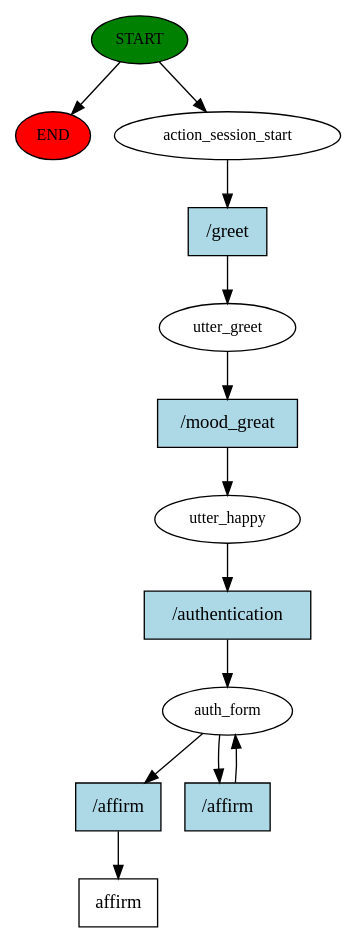
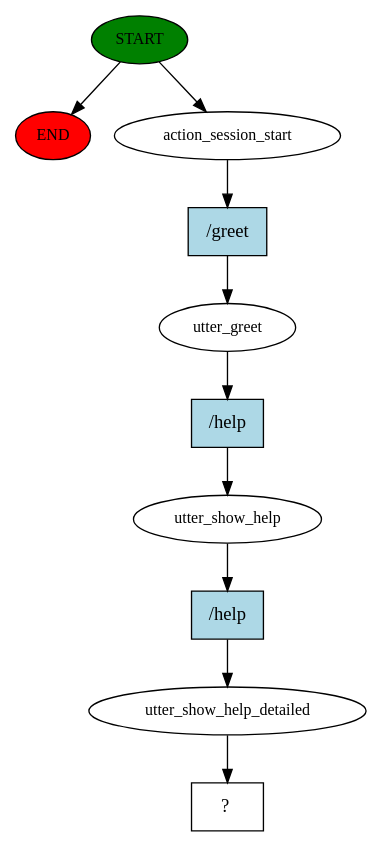
Before and after one commit to javiredracing/chatbot: the diagram in story_graph.dot, drawn with Graphviz. The commit also changed 8 other files, not shown here.

```diff
--- a/story_graph.dot
+++ b/story_graph.dot
@@ -1,26 +1,21 @@
 digraph  {
 0 [class="start active", fillcolor=green, fontsize=12, label=START, style=filled];
 "-1" [class=end, fillcolor=red, fontsize=12, label=END, style=filled];
 1 [class=active, fontsize=12, label=action_session_start];
 2 [class=active, fontsize=12, label=utter_greet];
-3 [class=active, fontsize=12, label=utter_happy];
-4 [class=active, fontsize=12, label=auth_form];
-6 [class="intent dashed active", label=affirm, shape=rect];
-7 [class="intent active", fillcolor=lightblue, label="/greet", shape=rect, style=filled];
-8 [class="intent active", fillcolor=lightblue, label="/mood_great", shape=rect, style=filled];
-9 [class="intent active", fillcolor=lightblue, label="/authentication", shape=rect, style=filled];
-10 [class="intent active", fillcolor=lightblue, label="/affirm", shape=rect, style=filled];
-11 [class="intent active", fillcolor=lightblue, label="/affirm", shape=rect, style=filled];
+3 [class=active, fontsize=12, label=utter_show_help];
+4 [class=active, fontsize=12, label=utter_show_help_detailed];
+5 [class="intent dashed active", label="  ?  ", shape=rect];
+6 [class="intent active", fillcolor=lightblue, label="/greet", shape=rect, style=filled];
+7 [class="intent active", fillcolor=lightblue, label="/help", shape=rect, style=filled];
+8 [class="intent active", fillcolor=lightblue, label="/help", shape=rect, style=filled];
 0 -> "-1"  [class="", key=NONE, label=""];
 0 -> 1  [class=active, key=NONE, label=""];
-1 -> 7  [class=active, key=0];
-2 -> 8  [class=active, key=0];
-3 -> 9  [class=active, key=0];
-4 -> 10  [class=active, key=0];
-4 -> 11  [class=active, key=0];
-7 -> 2  [class=active, key=0];
-8 -> 3  [class=active, key=0];
-9 -> 4  [class=active, key=0];
-10 -> 6  [class=active, key=0];
-11 -> 4  [class=active, key=0];
+1 -> 6  [class=active, key=0];
+2 -> 7  [class=active, key=0];
+3 -> 8  [class=active, key=0];
+4 -> 5  [class=active, key=NONE, label=""];
+6 -> 2  [class=active, key=0];
+7 -> 3  [class=active, key=0];
+8 -> 4  [class=active, key=0];
 }
```
